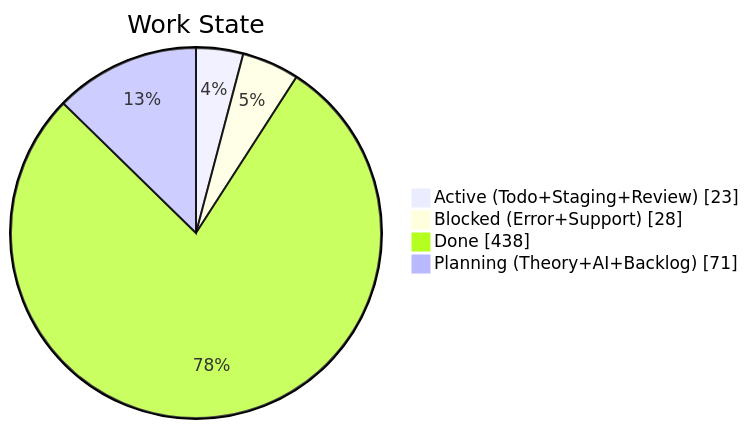
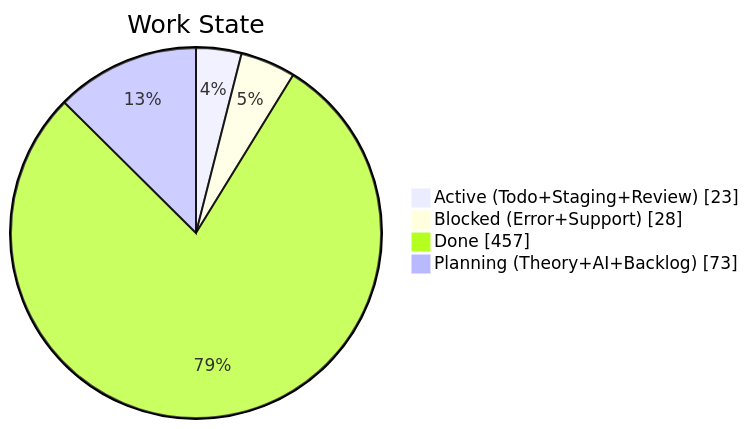
The second of 4 diagrams in apps/kbve/astro-kbve/src/content/docs/dashboard/kanban-data.mdx (KBVE/kbve), drawn with Mermaid before and after one commit. The commit also changed other lines of this file and 8 other files, not shown here.

````diff
--- a/apps/kbve/astro-kbve/src/content/docs/dashboard/kanban-data.mdx
+++ b/apps/kbve/astro-kbve/src/content/docs/dashboard/kanban-data.mdx
@@ -68,8 +68,8 @@
 ```mermaid
 pie showData
     title Work State
     "Active (Todo+Staging+Review)" : 23
     "Blocked (Error+Support)" : 28
-    "Done" : 438
-    "Planning (Theory+AI+Backlog)" : 71
+    "Done" : 457
+    "Planning (Theory+AI+Backlog)" : 73
 ```
````
